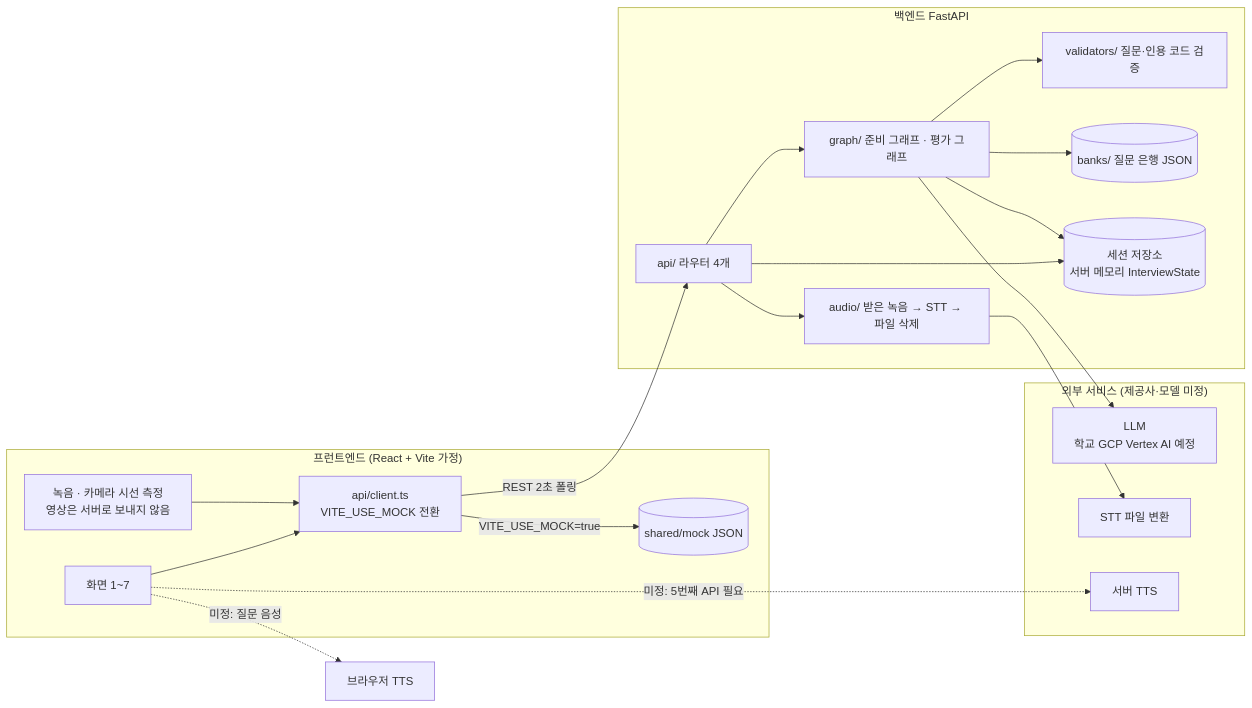
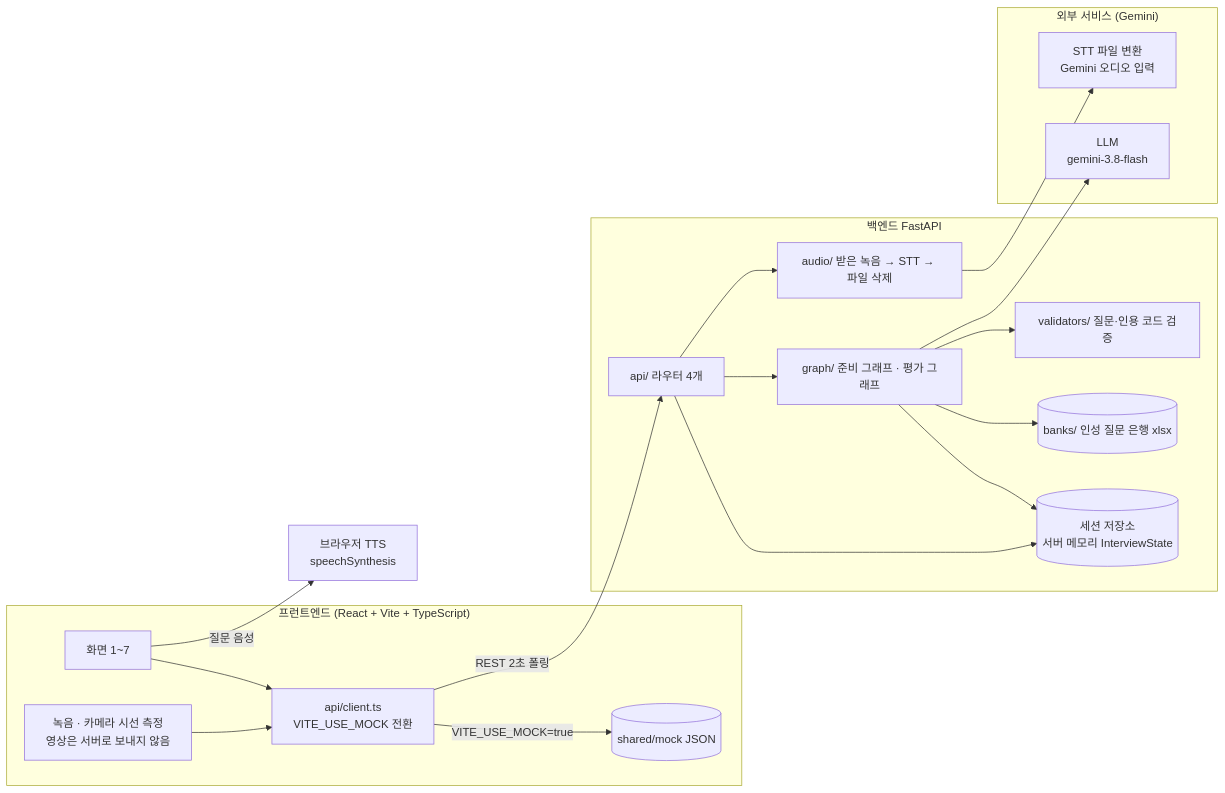
The first of 6 diagrams in docs/05-architecture.md (skkuls-ai/interview_simulation_agent), drawn with Mermaid before and after one commit. The commit also changed other lines of this file and 12 other files, not shown here.

````diff
--- a/docs/05-architecture.md
+++ b/docs/05-architecture.md
@@ -20,38 +22,36 @@
 ```mermaid
 flowchart LR
-    subgraph FE["프런트엔드 (React + Vite 가정)"]
+    subgraph FE["프런트엔드 (React + Vite + TypeScript)"]
         UI["화면 1~7"]
         MEDIA["녹음 · 카메라 시선 측정<br/>영상은 서버로 보내지 않음"]
         CLIENT["api/client.ts<br/>VITE_USE_MOCK 전환"]
         MOCK[("shared/mock JSON")]
     end
     subgraph BE["백엔드 FastAPI"]
         API["api/ 라우터 4개"]
         GRAPH["graph/ 준비 그래프 · 평가 그래프"]
         AUDIO["audio/ 받은 녹음 → STT → 파일 삭제"]
         VAL["validators/ 질문·인용 코드 검증"]
-        BANK[("banks/ 질문 은행 JSON")]
+        BANK[("banks/ 인성 질문 은행 xlsx")]
         STORE[("세션 저장소<br/>서버 메모리 InterviewState")]
     end
-    subgraph EXT["외부 서비스 (제공사·모델 미정)"]
-        LLM["LLM<br/>학교 GCP Vertex AI 예정"]
-        STT["STT 파일 변환"]
-        TTS["서버 TTS"]
+    subgraph EXT["외부 서비스 (Gemini)"]
+        LLM["LLM<br/>gemini-3.8-flash"]
+        STT["STT 파일 변환<br/>Gemini 오디오 입력"]
     end
-    BTTS["브라우저 TTS"]
+    BTTS["브라우저 TTS<br/>speechSynthesis"]
 
     UI --> CLIENT
     CLIENT -->|"VITE_USE_MOCK=true"| MOCK
     CLIENT -->|"REST 2초 폴링"| API
     MEDIA --> CLIENT
     API --> STORE
     API --> GRAPH
     API --> AUDIO
     GRAPH --> STORE
     GRAPH --> BANK
     GRAPH --> VAL
     GRAPH --> LLM
     AUDIO --> STT
-    UI -.->|"미정: 질문 음성"| BTTS
-    UI -.->|"미정: 5번째 API 필요"| TTS
+    UI -->|"질문 음성"| BTTS
 ```
````
